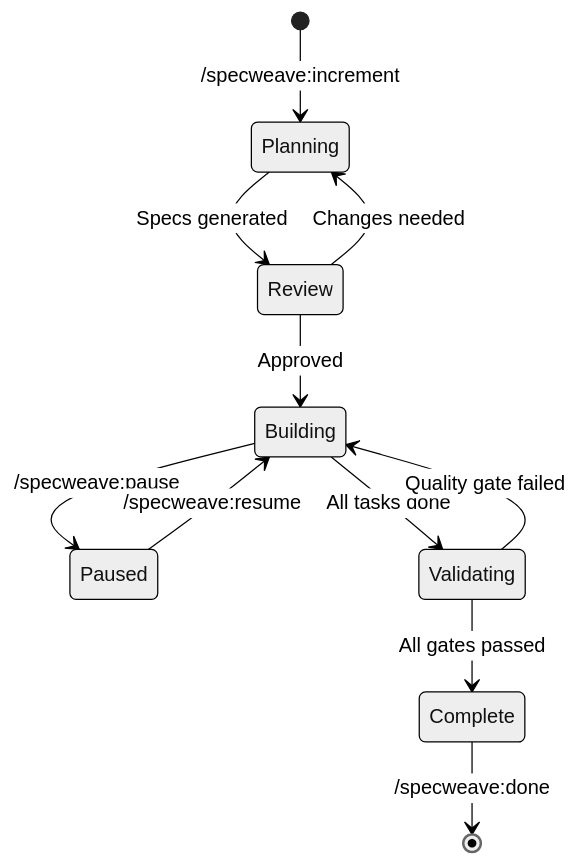
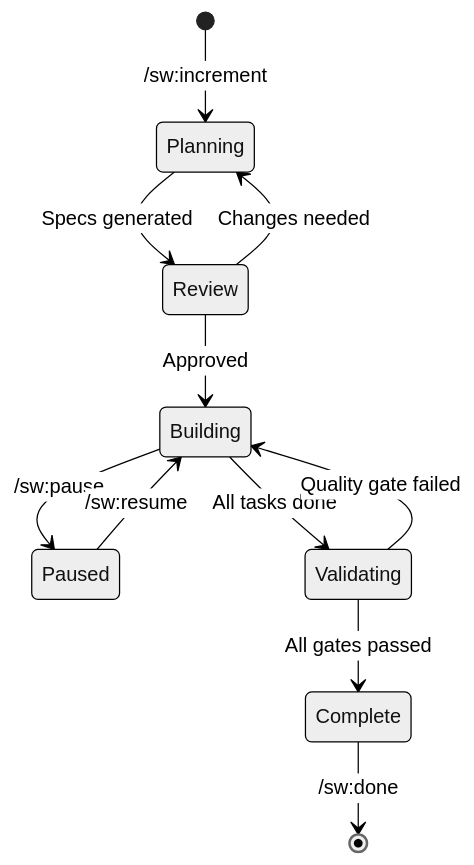
One commit to anton-abyzov/specweave changed the second of 2 diagrams in docs-site/docs/academy/part-2-first-application/06-specweave-intro/02-core-workflow.md. Above: the diagram before and after it, drawn with Mermaid (neutral theme). The commit also changed other lines of this file and 505 other files, not shown here.

````diff
--- a/docs-site/docs/academy/part-2-first-application/06-specweave-intro/02-core-workflow.md
+++ b/docs-site/docs/academy/part-2-first-application/06-specweave-intro/02-core-workflow.md
@@ -398,13 +398,13 @@
 ```mermaid
 stateDiagram-v2
-    [*] --> Planning: /specweave:increment
+    [*] --> Planning: /sw:increment
     Planning --> Review: Specs generated
     Review --> Planning: Changes needed
     Review --> Building: Approved
-    Building --> Paused: /specweave:pause
-    Paused --> Building: /specweave:resume
+    Building --> Paused: /sw:pause
+    Paused --> Building: /sw:resume
     Building --> Validating: All tasks done
     Validating --> Building: Quality gate failed
     Validating --> Complete: All gates passed
-    Complete --> [*]: /specweave:done
+    Complete --> [*]: /sw:done
 ```
````
